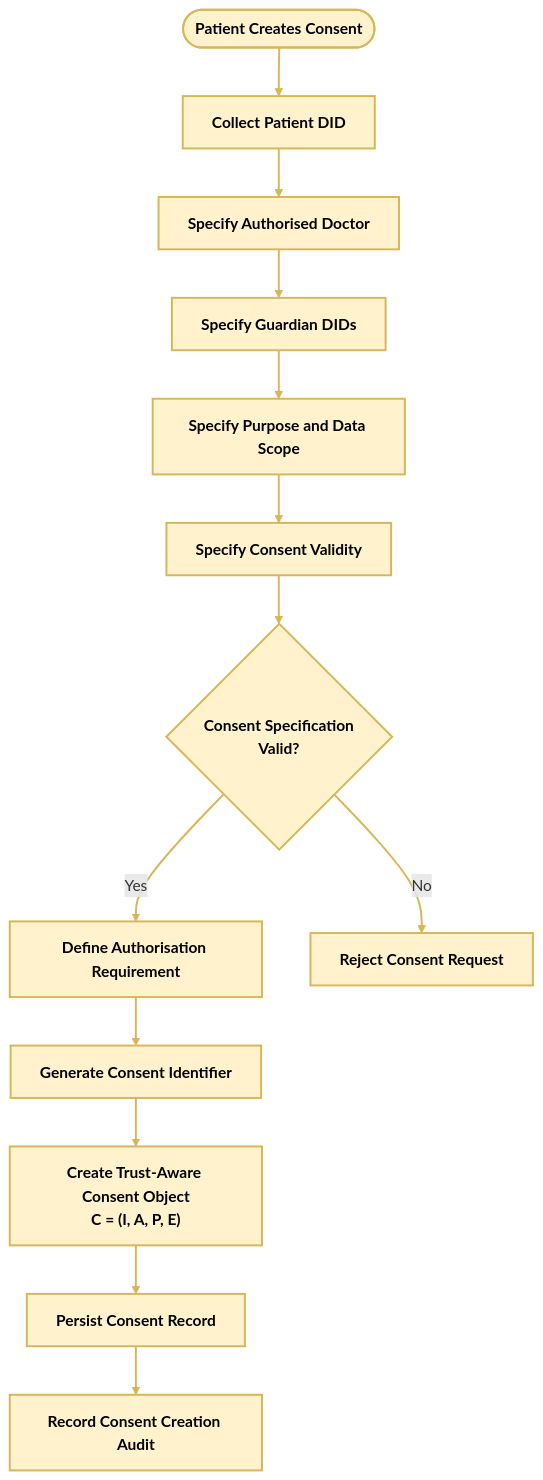
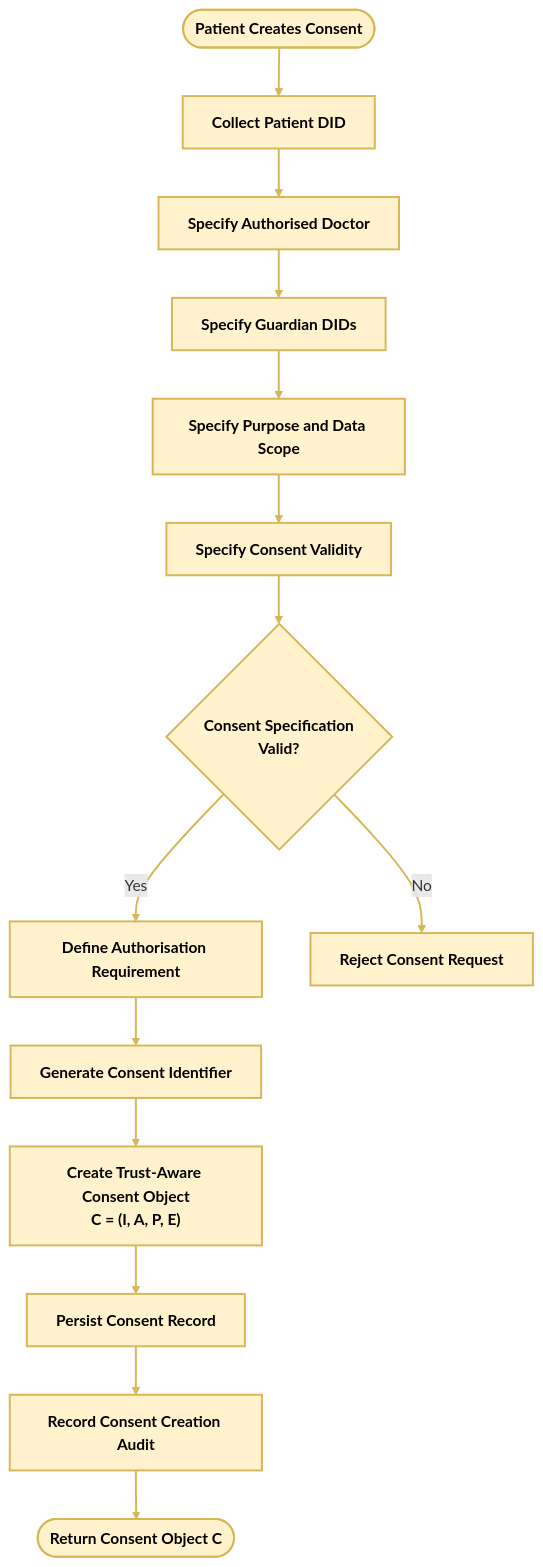
The diagram in review/word/figures_colour/fig07.mmd (yasir12345678900/HealthRWA-Sepolia-Personal-try), drawn with Mermaid before and after one commit. The commit also changed 25 other files, not shown here.

```diff
--- a/review/word/figures_colour/fig07.mmd
+++ b/review/word/figures_colour/fig07.mmd
@@ -1,10 +1,10 @@
 %%{init: {"flowchart": {"curve": "basis"}}}%%
 flowchart TD
 A([Patient Creates Consent]) --> B[Collect Patient DID] --> C[Specify Authorised Doctor] --> D[Specify Guardian DIDs] --> E[Specify Purpose and Data Scope] --> F[Specify Consent Validity]
 F --> Q{"Consent Specification<br/>Valid?"}
 Q -- Yes --> G[Define Authorisation Requirement]
 Q -- No --> R[Reject Consent Request]
-G --> H[Generate Consent Identifier] --> I["Create Trust-Aware Consent Object<br/>C = (I, A, P, E)"] --> J[Persist Consent Record] --> K[Record Consent Creation Audit]
-class A,B,C,D,E,F,Q,G,H,I,J,K,R g
+G --> H[Generate Consent Identifier] --> I["Create Trust-Aware Consent Object<br/>C = (I, A, P, E)"] --> J[Persist Consent Record] --> K[Record Consent Creation Audit] --> L([Return Consent Object C])
+class A,B,C,D,E,F,Q,G,H,I,J,K,L,R g
 classDef g fill:#FFF2CC,stroke:#D6B656,stroke-width:2px,color:#000,font-weight:bold
 linkStyle default stroke:#D6B656,stroke-width:2px
```
